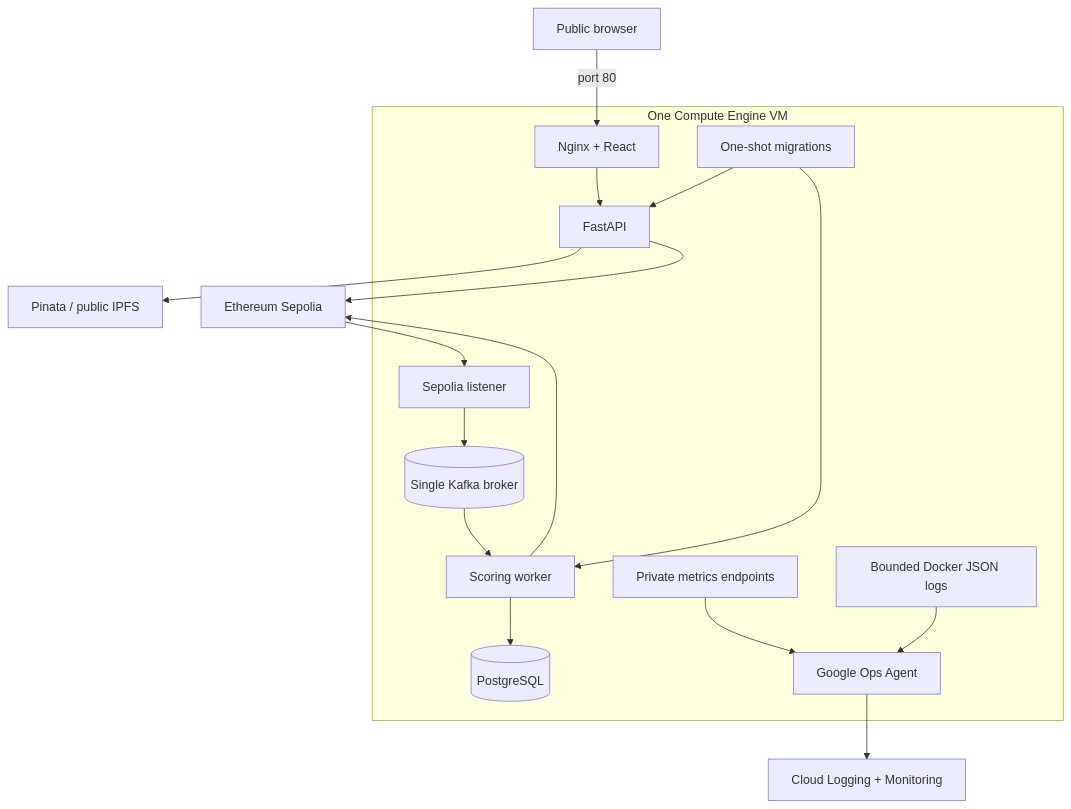
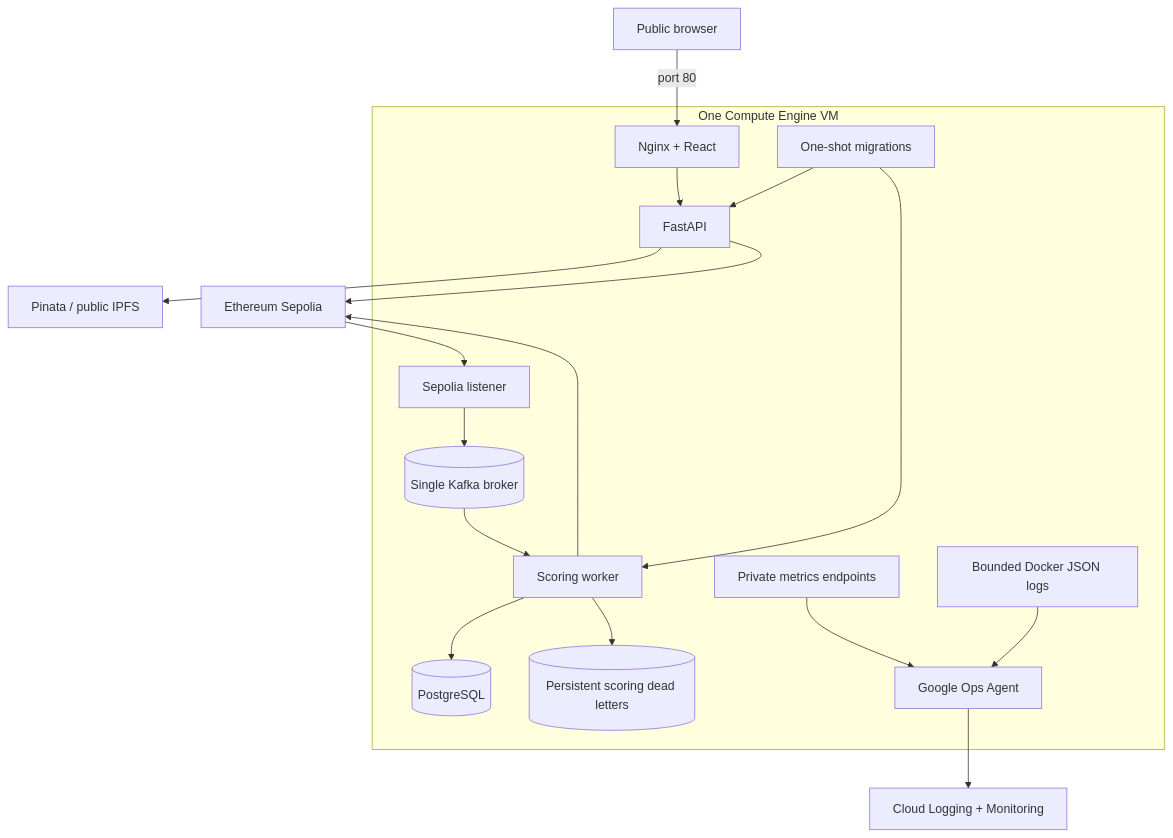
One commit to ganesh1997oli/Decentralized-Claims-Registry changed the first of 3 diagrams in infrastructure/gcp/README.md. Above: the diagram before and after it, drawn with Mermaid. The commit also changed other lines of this file and 12 other files, not shown here.

````diff
--- a/infrastructure/gcp/README.md
+++ b/infrastructure/gcp/README.md
@@ -9,21 +9,22 @@
 ```mermaid
 flowchart TB
     User["Public browser"] -->|"port 80"| Web["Nginx + React"]
 
     subgraph VM["One Compute Engine VM"]
         Web --> API["FastAPI"]
         Listener["Sepolia listener"] --> Kafka[("Single Kafka broker")]
         Kafka --> Worker["Scoring worker"]
         Worker --> DB[("PostgreSQL")]
+        Worker --> Quarantine[("Persistent scoring dead letters")]
         Migrate["One-shot migrations"] --> API
         Migrate --> Worker
         Metrics["Private metrics endpoints"] --> Agent["Google Ops Agent"]
         Logs["Bounded Docker JSON logs"] --> Agent
     end
 
     API --> IPFS["Pinata / public IPFS"]
     API --> Sepolia["Ethereum Sepolia"]
     Sepolia --> Listener
     Worker --> Sepolia
     Agent --> Cloud["Cloud Logging + Monitoring"]
 ```
````
